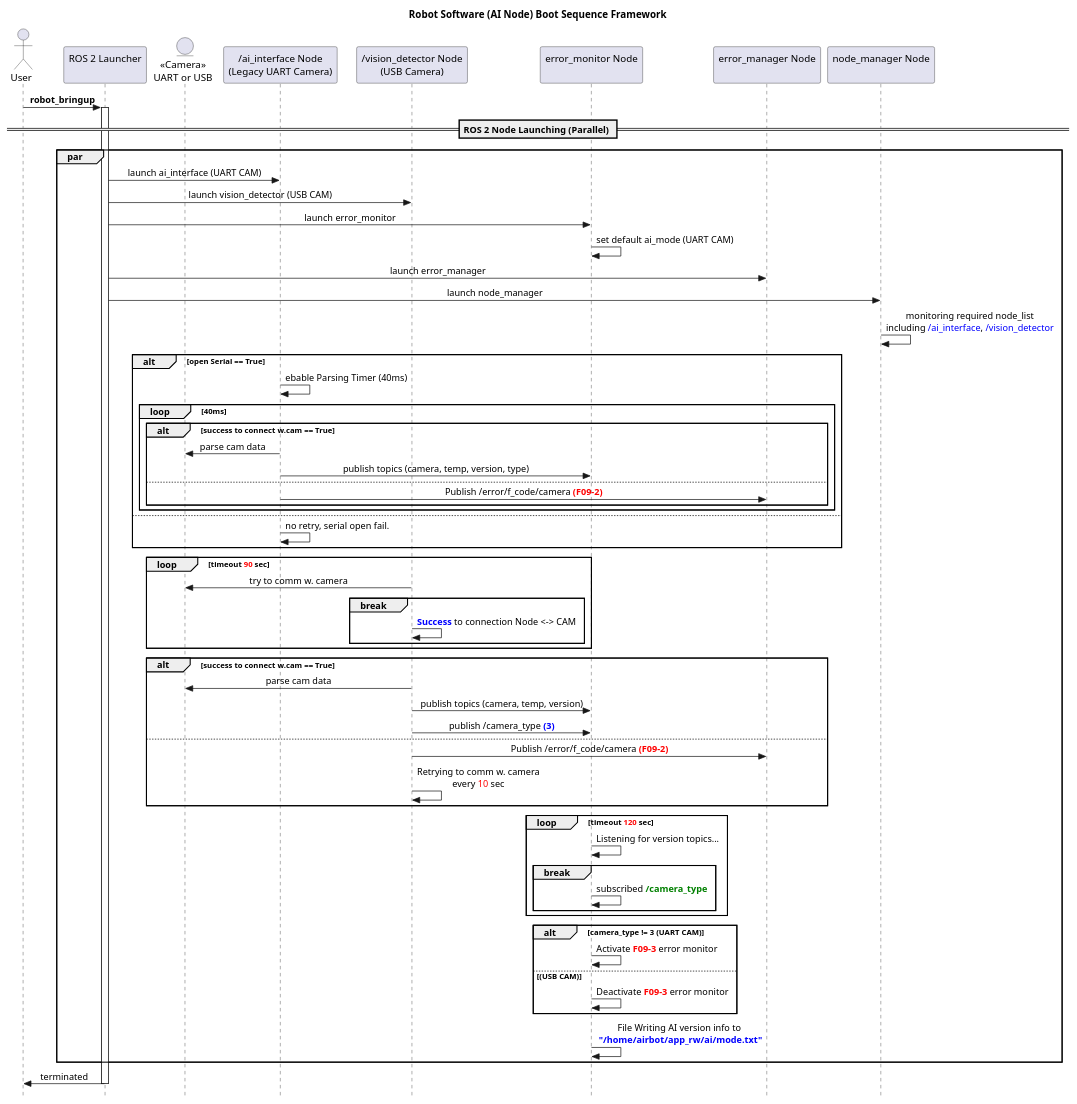
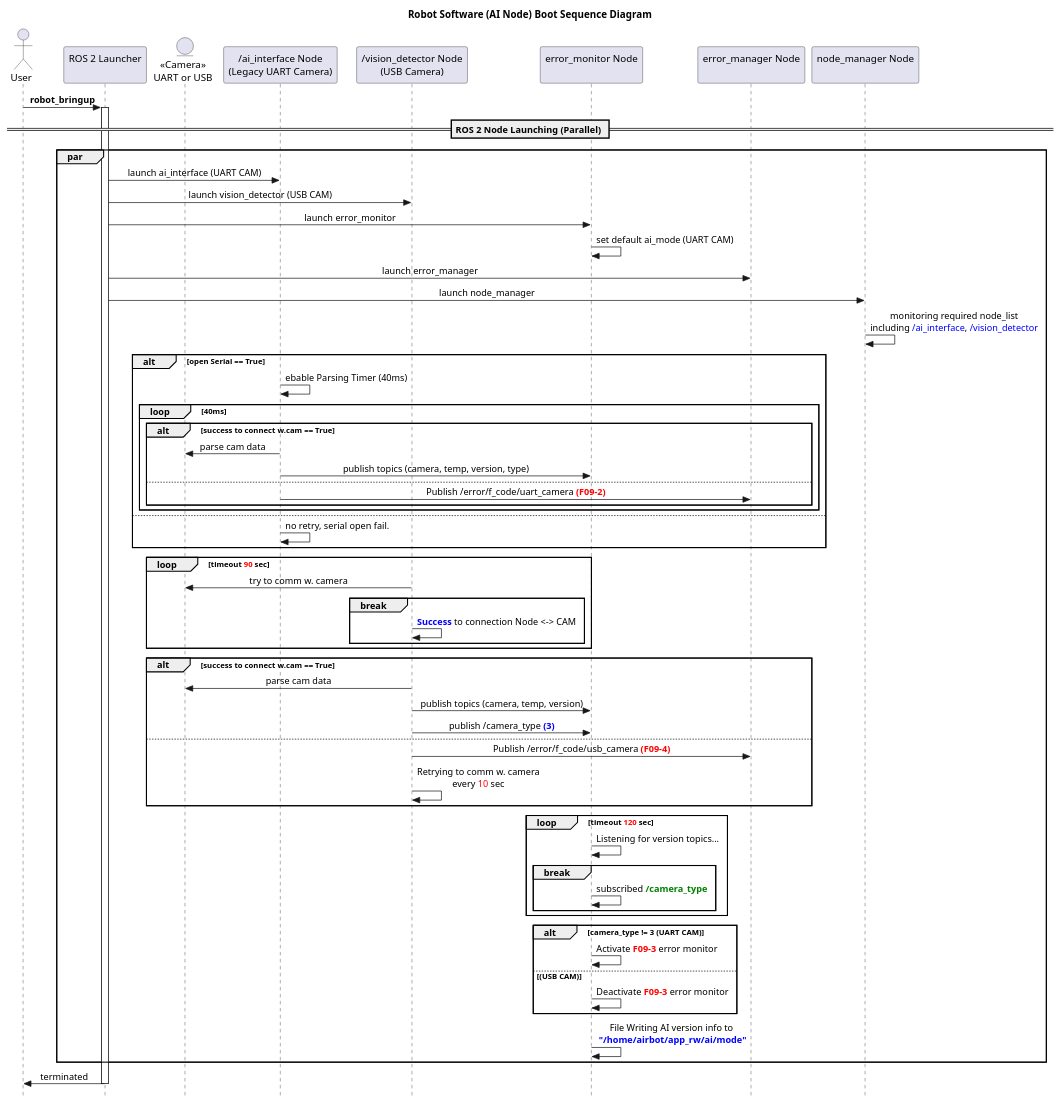
Before and after one commit to Hwan-Yeong/airbot_hyjoe_ws: the diagram in docs/ap_ai_integration_booting_sequence_diagram_launch_sequence.puml, drawn with PlantUML.

Commit message:
바뀐 error 사양 반영

```diff
--- a/docs/ap_ai_integration_booting_sequence_diagram_launch_sequence.puml
+++ b/docs/ap_ai_integration_booting_sequence_diagram_launch_sequence.puml
@@ -1,85 +1,85 @@
 @startuml
 ' 스타일 설정: 가독성을 위해 테마를 살짝 입힙니다.
 skinparam Style strictuml
 skinparam SequenceMessageAlignment center
 skinparam DefaultFontName "Verdana"
 
-title Robot Software (AI Node) Boot Sequence Framework
+title Robot Software (AI Node) Boot Sequence Diagram
 
 ' 참여 객체 정의 (Participants)
 actor "User" as User
 participant "ROS 2 Launcher\n" as Launch
 entity "<<Camera>>\nUART or USB" as Camera
 participant "/ai_interface Node\n(Legacy UART Camera)" as Node_uart_ai
 participant "/vision_detector Node\n(USB Camera)" as Node_vision_detector
 participant "error_monitor Node\n" as Node_error_monitor
 participant "error_manager Node\n" as Node_error_manager
 participant "node_manager Node\n" as Node_node_manager
 
 User -> Launch : **robot_bringup**
 activate Launch
   == ROS 2 Node Launching (Parallel) ==
   par
     ' initialize nodes
     Launch -> Node_uart_ai : launch ai_interface (UART CAM)
     Launch -> Node_vision_detector : launch vision_detector (USB CAM)
     Launch -> Node_error_monitor : launch error_monitor
     Node_error_monitor -> Node_error_monitor : set default ai_mode (UART CAM)
     Launch -> Node_error_manager : launch error_manager
 
     Launch -> Node_node_manager : launch node_manager
     Node_node_manager -> Node_node_manager : monitoring required node_list\nincluding <color:blue>/ai_interface</color>, <color:blue>/vision_detector</color>
 
     alt open Serial == True
       Node_uart_ai -> Node_uart_ai : ebable Parsing Timer (40ms)
       loop 40ms
         alt success to connect w.cam == True
           Node_uart_ai -> Camera : parse cam data
           Node_uart_ai -> Node_error_monitor : publish topics (camera, temp, version, type)
         else
-          Node_uart_ai -> Node_error_manager : Publish /error/f_code/camera <color:red>**(F09-2)**</color> 
+          Node_uart_ai -> Node_error_manager : Publish /error/f_code/uart_camera <color:red>**(F09-2)**</color> 
         end
       end
     else
       Node_uart_ai -> Node_uart_ai : no retry, serial open fail.
     end
 
     ' New USB CAM
     loop timeout <color:red>90</color> sec
       Node_vision_detector -> Camera : try to comm w. camera
       break
         Node_vision_detector -> Node_vision_detector : <color:blue>**Success**</color> to connection Node <-> CAM
       end
     end
 
     alt success to connect w.cam == True
       Node_vision_detector -> Camera : parse cam data
       Node_vision_detector -> Node_error_monitor : publish topics (camera, temp, version)
       Node_vision_detector -> Node_error_monitor : publish /camera_type <color:blue>**(3)**</color>
     else
-      Node_vision_detector -> Node_error_manager : Publish /error/f_code/camera <color:red>**(F09-2)**</color>
+      Node_vision_detector -> Node_error_manager : Publish /error/f_code/usb_camera <color:red>**(F09-4)**</color>
       Node_vision_detector -> Node_vision_detector : Retrying to comm w. camera\nevery <color:red>10</color> sec
     end
 
     ' Check Activating Nodes (Error Monitor / Node Manager)
     loop timeout <color:red>120</color> sec
       Node_error_monitor -> Node_error_monitor : Listening for version topics...
       break
         Node_error_monitor -> Node_error_monitor : subscribed <color:green>**/camera_type**</color>
       end
     end
 
     alt camera_type != 3 (UART CAM)
       Node_error_monitor -> Node_error_monitor : Activate <color:red>**F09-3**</color> error monitor
       ' Node_error_monitor -> Node_node_manager : publish **ai_mode** (UART)
     else (USB CAM)
       Node_error_monitor -> Node_error_monitor :Deactivate <color:red>**F09-3**</color> error monitor
       ' Node_error_monitor -> Node_node_manager : publish **ai_mode** (USB)
     end
 
-    Node_error_monitor -> Node_error_monitor : File Writing AI version info to\n <color:blue>**"/home/airbot/app_rw/ai/mode.txt"**
+    Node_error_monitor -> Node_error_monitor : File Writing AI version info to\n <color:blue>**"/home/airbot/app_rw/ai/mode"**
   end
   Launch -> User : terminated
 deactivate Launch
 
 @enduml
```
